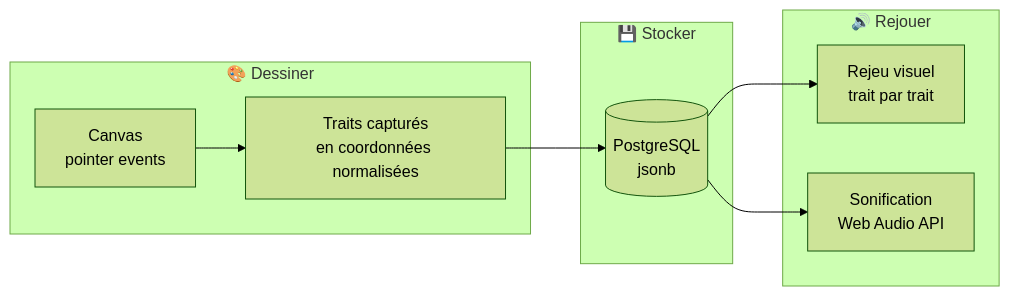
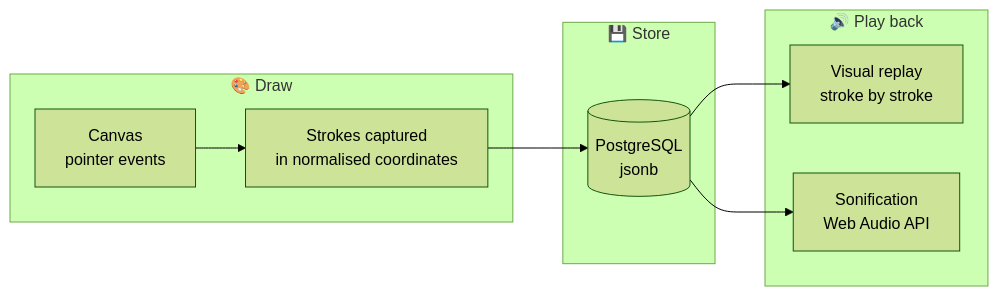
Before and after one commit to quentinplet/SonicLight-test-technique: the first of 4 diagrams in context/project-overview.md, drawn with Mermaid (forest theme). The commit also changed other lines of this file and 11 other files, not shown here.

````diff
--- a/context/project-overview.md
+++ b/context/project-overview.md
@@ -103,18 +100,18 @@
 ```mermaid
 flowchart LR
-    subgraph Draw["🎨 Dessiner"]
+    subgraph Draw["🎨 Draw"]
         D1[Canvas<br/>pointer events]
-        D2[Traits capturés<br/>en coordonnées normalisées]
+        D2[Strokes captured<br/>in normalised coordinates]
     end
 
-    subgraph Store["💾 Stocker"]
+    subgraph Store["💾 Store"]
         S1[(PostgreSQL<br/>jsonb)]
     end
 
-    subgraph Play["🔊 Rejouer"]
-        P1[Rejeu visuel<br/>trait par trait]
+    subgraph Play["🔊 Play back"]
+        P1[Visual replay<br/>stroke by stroke]
         P2[Sonification<br/>Web Audio API]
     end
 
     D1 --> D2 --> S1 --> P1 & P2
 ```
````
